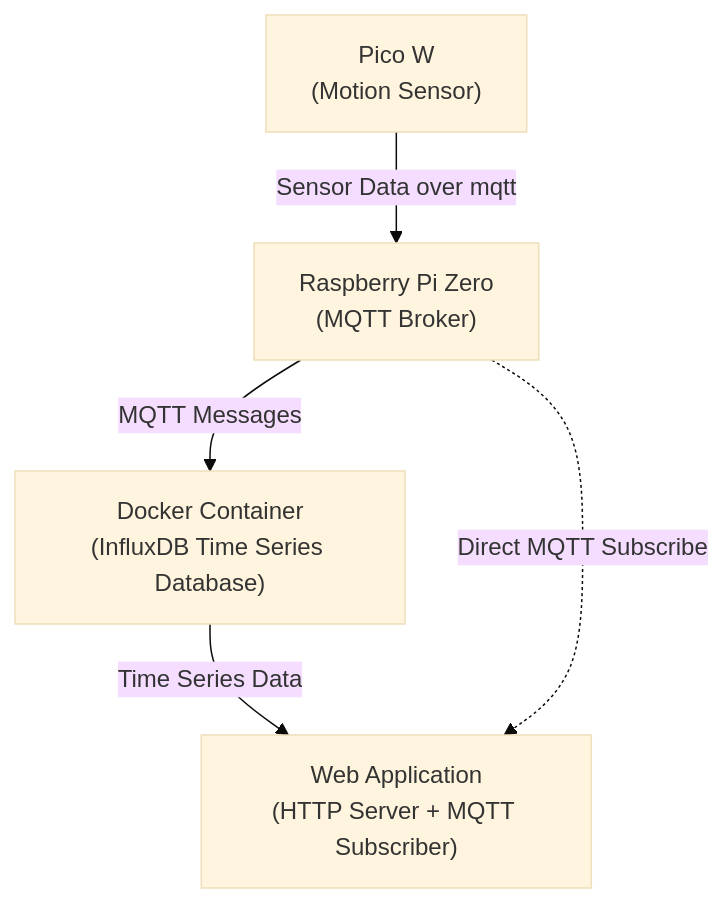
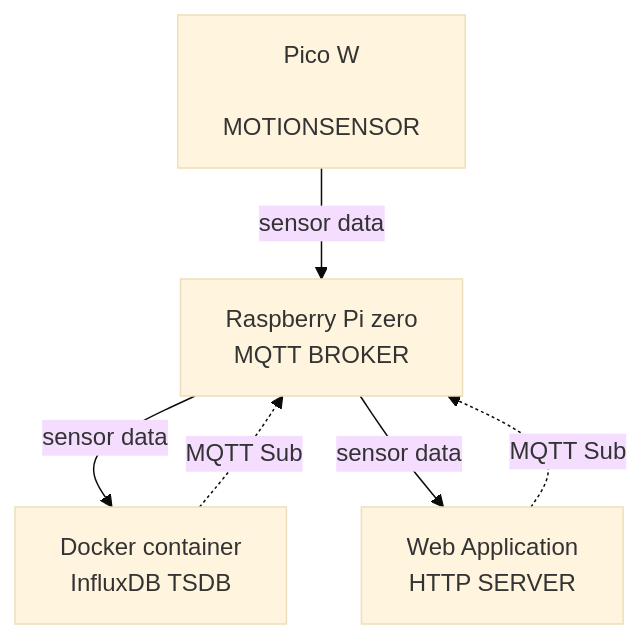
The diagram in README.md (JENSEN-IoT-Embedded-Project/security-application), drawn with Mermaid (base theme) before and after one commit. The commit also changed other lines of this file, not shown here.

````diff
--- a/README.md
+++ b/README.md
@@ -2,12 +3,22 @@
 ```mermaid
 flowchart TD
-    pico["Pico W\n(Motion Sensor)"]
-    fog["Raspberry Pi Zero\n(MQTT Broker)"]
-    influxdb["Docker Container\n(InfluxDB Time Series Database)"]
-    webapp["Web Application\n(HTTP Server + MQTT Subscriber)"]
-    
-    pico -->|"Sensor Data over mqtt"| fog
-    fog -->|"MQTT Messages"| influxdb
-    influxdb -->|"Time Series Data"| webapp
-    fog -.->|"Direct MQTT Subscribe"| webapp
+  pico["Pico W 
+  
+  MOTIONSENSOR"]
+  fog["Raspberry Pi zero
+  MQTT BROKER"]
+  
+  influxdb["Docker container
+            InfluxDB TSDB"]
+  webbapp["Web Application
+           HTTP SERVER"]            
+            
+         
+ 
+ pico --> |"sensor data"| fog
+ fog -->|"sensor data"| influxdb
+ influxdb -.-> |"MQTT Sub"| fog
+ 
+ webbapp -.-> |"MQTT Sub"| fog
+ fog --> |"sensor data" | webbapp
 ```
````
